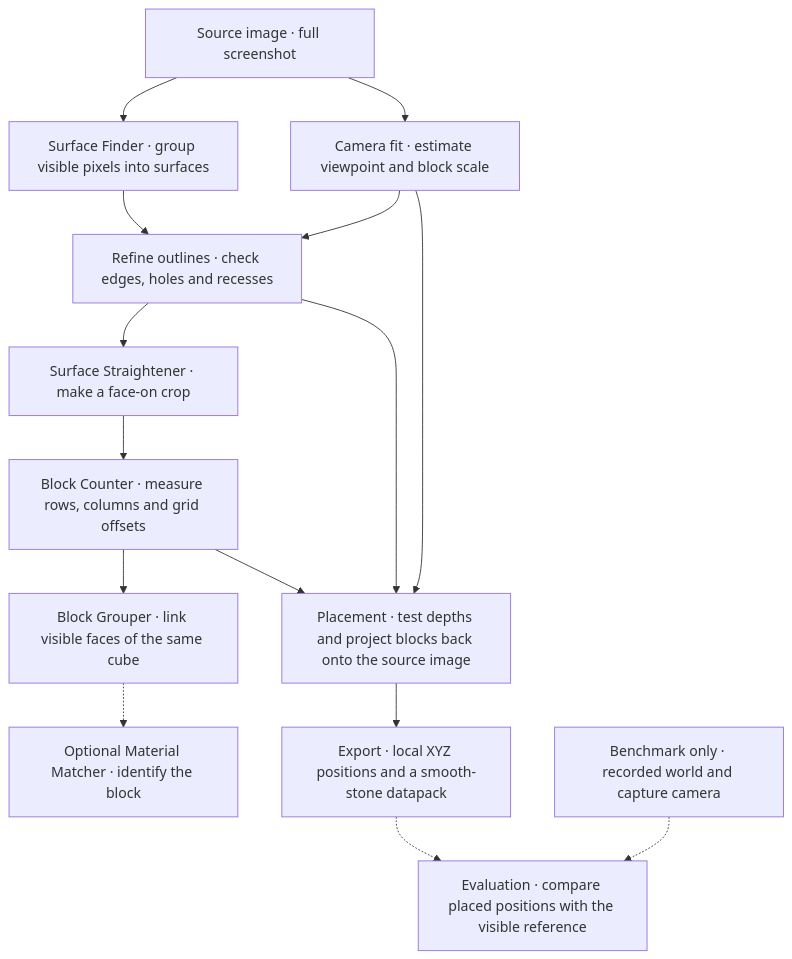
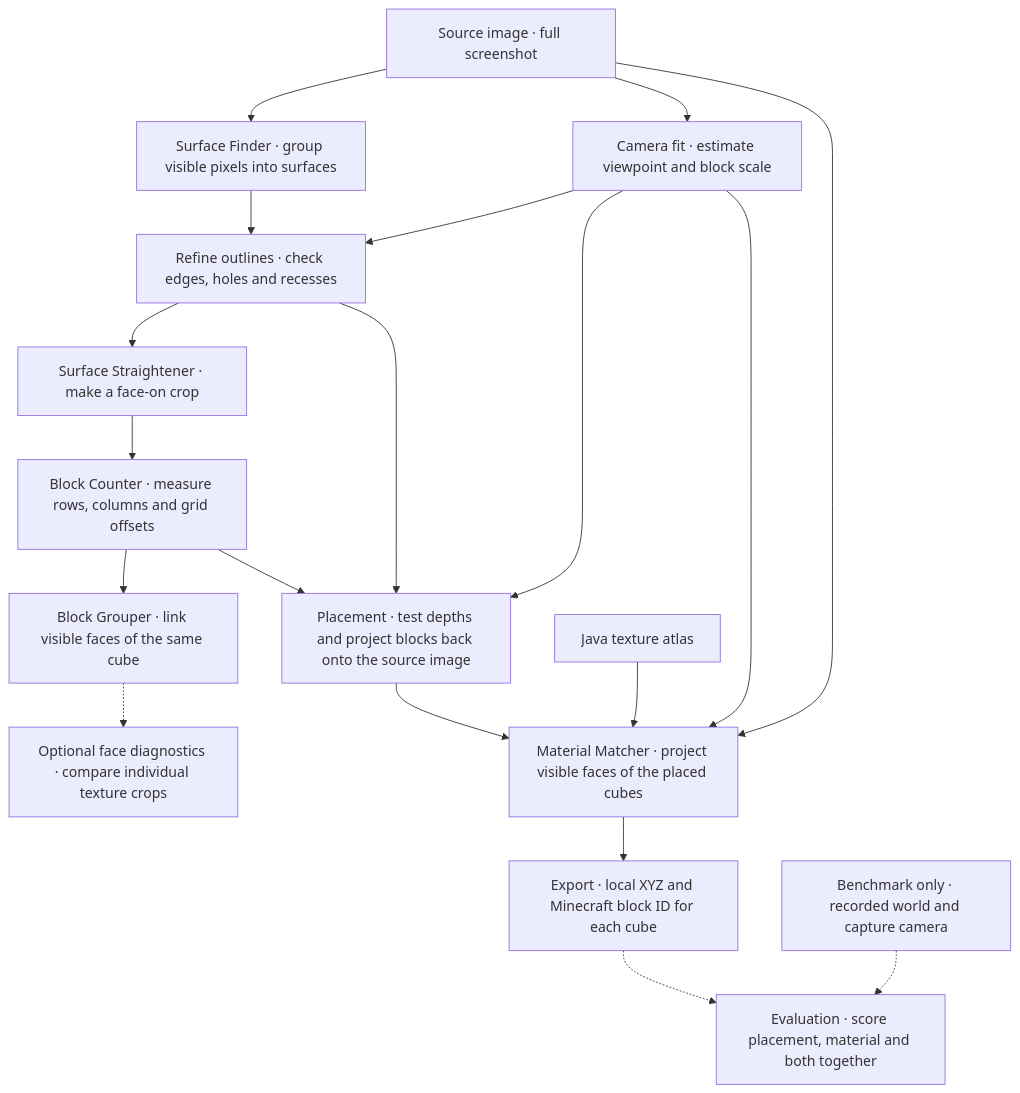
The diagram in README.md (jeremyepling/minecraft-image-reconstruction), drawn with Mermaid before and after one commit. The commit also changed other lines of this file and 431 other files, not shown here.

````diff
--- a/README.md
+++ b/README.md
@@ -7,17 +7,21 @@
 ```mermaid
 flowchart TD
     I["Source image · full screenshot"] --> F["Surface Finder · group visible pixels into surfaces"]
     I --> C["Camera fit · estimate viewpoint and block scale"]
     F --> R["Refine outlines · check edges, holes and recesses"]
     C --> R
     R --> S["Surface Straightener · make a face-on crop"]
     S --> B["Block Counter · measure rows, columns and grid offsets"]
     B --> G["Block Grouper · link visible faces of the same cube"]
-    G -.-> M["Optional Material Matcher · identify the block"]
+    G -.-> D["Optional face diagnostics · compare individual texture crops"]
     R --> P["Placement · test depths and project blocks back onto the source image"]
     B --> P
     C --> P
-    P --> E["Export · local XYZ positions and a smooth-stone datapack"]
-    E -.-> V["Evaluation · compare placed positions with the visible reference"]
+    P --> M["Material Matcher · project visible faces of the placed cubes"]
+    C --> M
+    I --> M
+    A["Java texture atlas"] --> M
+    M --> E["Export · local XYZ and Minecraft block ID for each cube"]
+    E -.-> V["Evaluation · score placement, material and both together"]
     T["Benchmark only · recorded world and capture camera"] -.-> V
 ```
````
